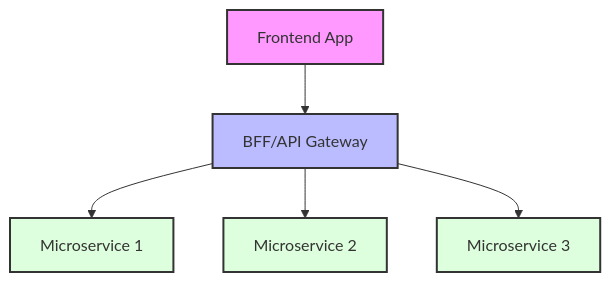
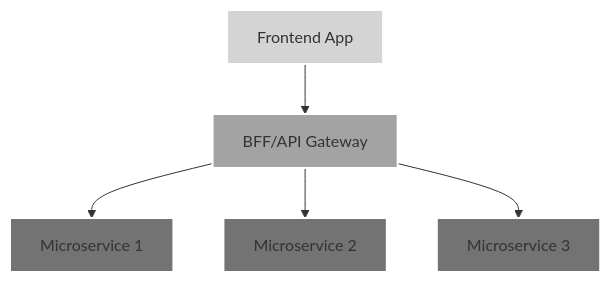
The first of 3 diagrams in blog-post.md (Iteam1337/poc-sso), drawn with Mermaid before and after one commit. The commit also changed other lines of this file and 1 other file, not shown here.

Commit message:
style: Improve Mermaid chart readability with monochromatic color scheme

````diff
--- a/blog-post.md
+++ b/blog-post.md
@@ -11,13 +11,13 @@
 ```mermaid
 graph TD
     A[Frontend App] --> B[BFF/API Gateway]
     B --> C[Microservice 1]
     B --> D[Microservice 2]
     B --> E[Microservice 3]
     
-    style A fill:#f9f,stroke:#333,stroke-width:2px
-    style B fill:#bbf,stroke:#333,stroke-width:2px
-    style C fill:#dfd,stroke:#333,stroke-width:2px
-    style D fill:#dfd,stroke:#333,stroke-width:2px
-    style E fill:#dfd,stroke:#333,stroke-width:2px
+    style A fill:#d4d4d4,stroke:#ffffff,stroke-width:2px
+    style B fill:#a3a3a3,stroke:#ffffff,stroke-width:2px
+    style C fill:#737373,stroke:#ffffff,stroke-width:2px
+    style D fill:#737373,stroke:#ffffff,stroke-width:2px
+    style E fill:#737373,stroke:#ffffff,stroke-width:2px
 ```
````
